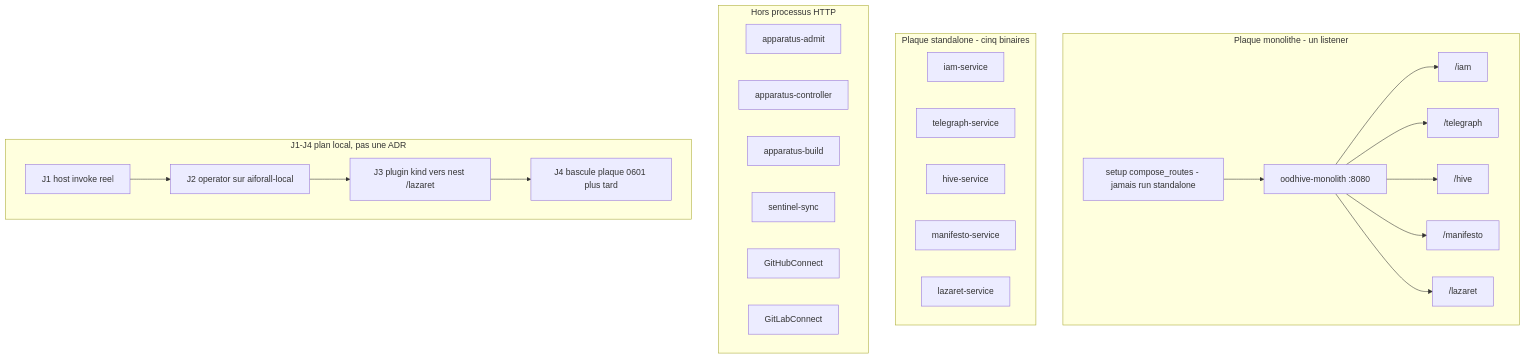
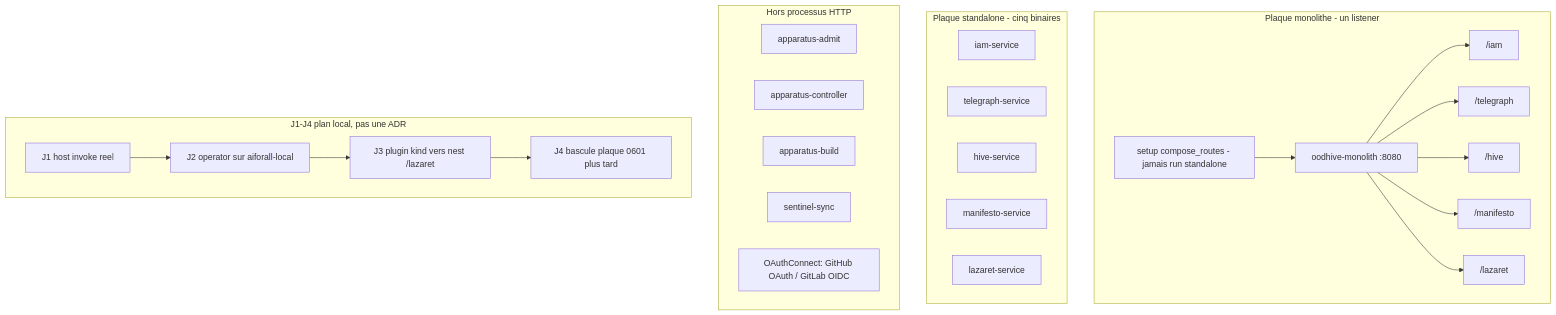
Before and after one commit to Djoe-Denne/IAMRusty: the diagram in docs/architecture/runtime.md, drawn with Mermaid. The commit also changed other lines of this file and 100 other files, not shown here.

````diff
--- a/docs/architecture/runtime.md
+++ b/docs/architecture/runtime.md
@@ -7,33 +7,32 @@
 ```mermaid
 flowchart TB
   subgraph monolithPlate["Plaque monolithe - un listener"]
     Listener["oodhive-monolith :8080"]
     Listener --> NestIam["/iam"]
     Listener --> NestTg["/telegraph"]
     Listener --> NestHive["/hive"]
     Listener --> NestMan["/manifesto"]
     Listener --> NestLaz["/lazaret"]
     Setup["setup compose_routes - jamais run standalone"]
     Setup --> Listener
   end
   subgraph standalonePlate["Plaque standalone - cinq binaires"]
     IamSvc["iam-service"]
     TgSvc["telegraph-service"]
     HiveSvc["hive-service"]
     ManSvc["manifesto-service"]
     LazSvc["lazaret-service"]
   end
   subgraph horsHttp["Hors processus HTTP"]
     Admit["apparatus-admit"]
     Ctrl["apparatus-controller"]
     Build["apparatus-build"]
     Sentinel["sentinel-sync"]
-    Gh["GitHubConnect"]
-    Gl["GitLabConnect"]
+    Connect["OAuthConnect: GitHub OAuth / GitLab OIDC"]
   end
   subgraph localSeq["J1-J4 plan local, pas une ADR"]
     J1["J1 host invoke reel"] --> J2["J2 operator sur aiforall-local"]
     J2 --> J3["J3 plugin kind vers nest /lazaret"]
     J3 --> J4["J4 bascule plaque 0601 plus tard"]
   end
 ```
````
